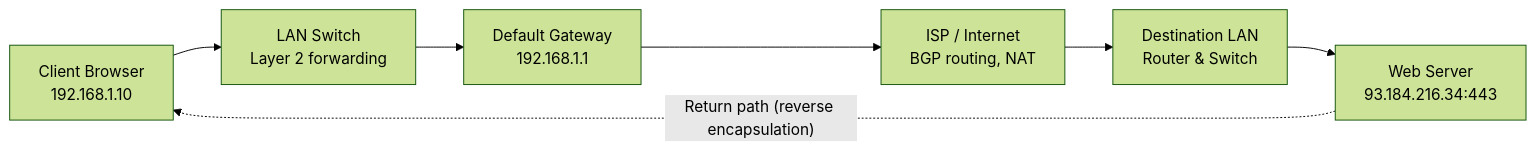
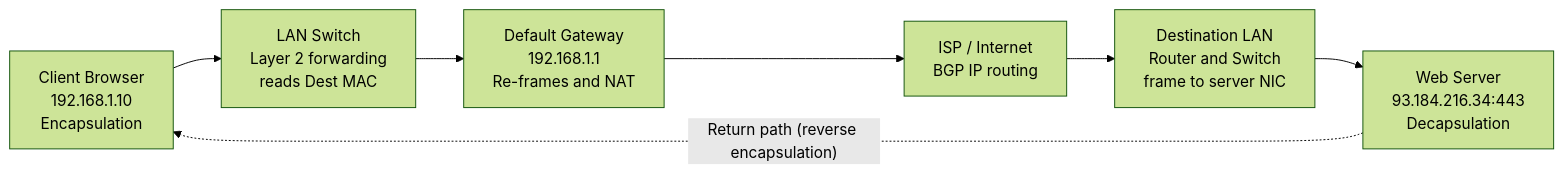
One commit to Baffa882021/Role-2-Protocol-Addressing changed the second of 3 diagrams in README.md. Above: the diagram before and after it, drawn with Mermaid (forest theme). The commit also changed other lines of this file, not shown here.

````diff
--- a/README.md
+++ b/README.md
@@ -50,9 +209,9 @@
 ```mermaid
 flowchart LR
-    A["Client Browser<br/>192.168.1.10"] --> B["LAN Switch<br/>Layer 2 forwarding"]
-    B --> C["Default Gateway<br/>192.168.1.1"]
-    C --> D["ISP / Internet<br/>BGP routing, NAT"]
-    D --> E["Destination LAN<br/>Router & Switch"]
-    E --> F["Web Server<br/>93.184.216.34:443"]
+    A["Client Browser<br/>192.168.1.10<br/>Encapsulation"] --> B["LAN Switch<br/>Layer 2 forwarding<br/>reads Dest MAC"]
+    B --> C["Default Gateway<br/>192.168.1.1<br/>Re-frames and NAT"]
+    C --> D["ISP / Internet<br/>BGP IP routing"]
+    D --> E["Destination LAN<br/>Router and Switch<br/>frame to server NIC"]
+    E --> F["Web Server<br/>93.184.216.34:443<br/>Decapsulation"]
     F -. "Return path (reverse encapsulation)" .-> A
 ```
````
